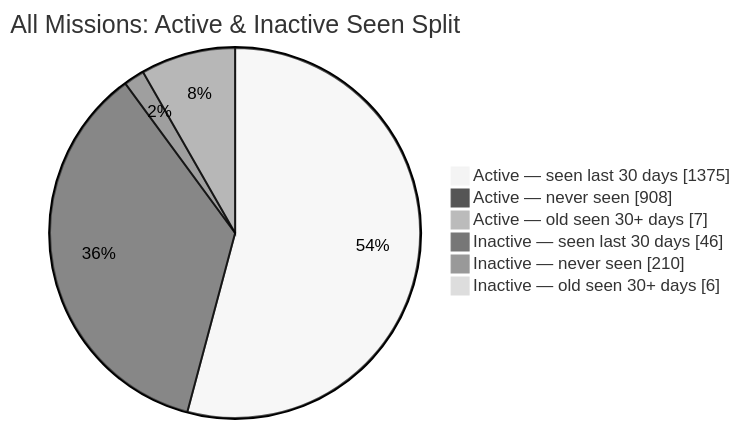
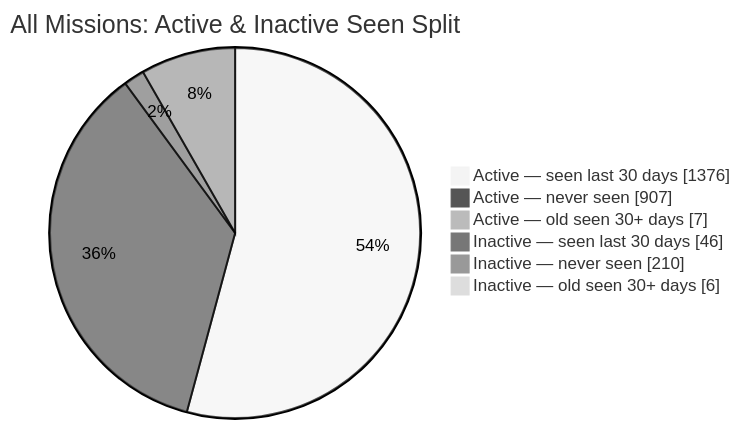
The second of 2 diagrams in README.md (MeldkamerspelGameTeam/active-missions), drawn with Mermaid (neutral theme) before and after one commit. The commit also changed other lines of this file and 3 other files, not shown here.

````diff
--- a/README.md
+++ b/README.md
@@ -44,10 +44,10 @@
 ```mermaid
 pie showData
     title All Missions: Active & Inactive Seen Split
-    "Active — seen last 30 days" : 1375
-    "Active — never seen" : 908
+    "Active — seen last 30 days" : 1376
+    "Active — never seen" : 907
     "Active — old seen 30+ days" : 7
     "Inactive — seen last 30 days" : 46
     "Inactive — never seen" : 210
     "Inactive — old seen 30+ days" : 6
 ```
````
